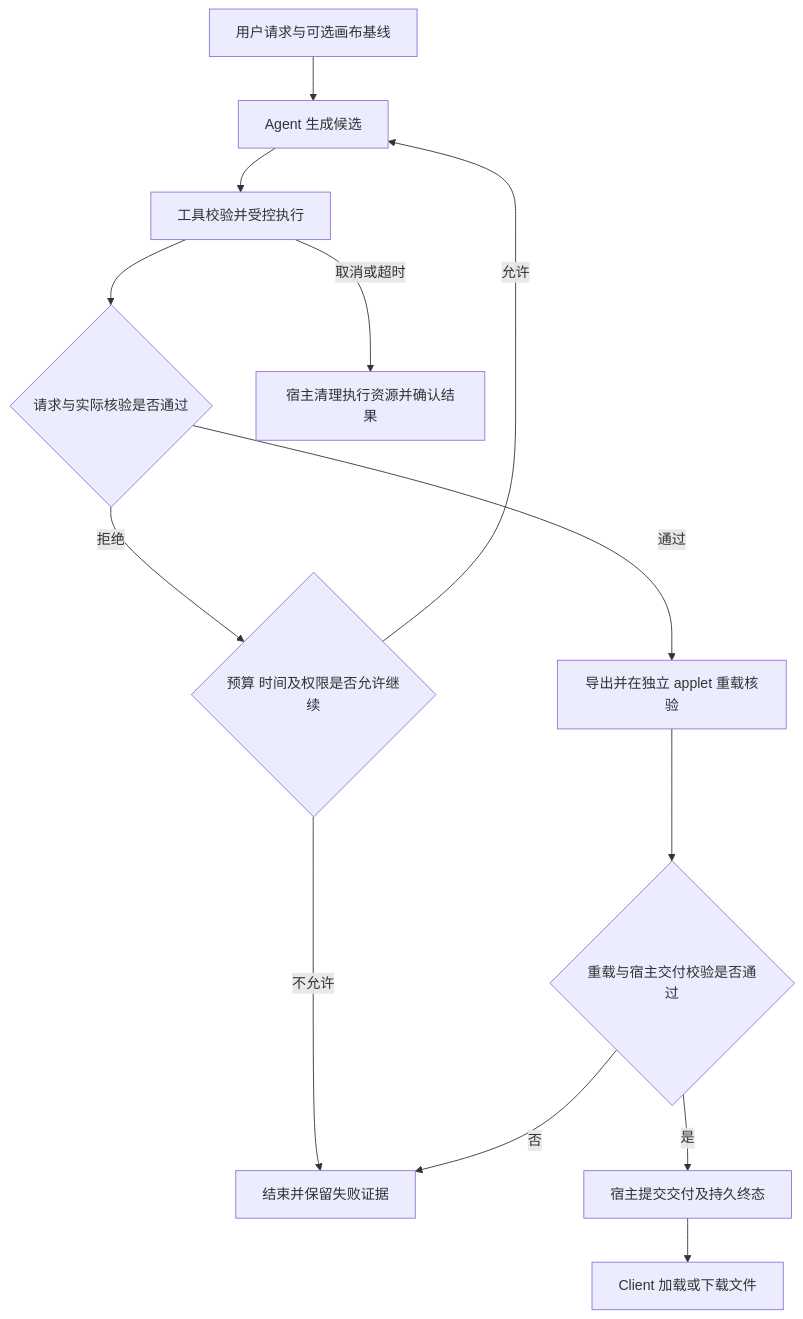
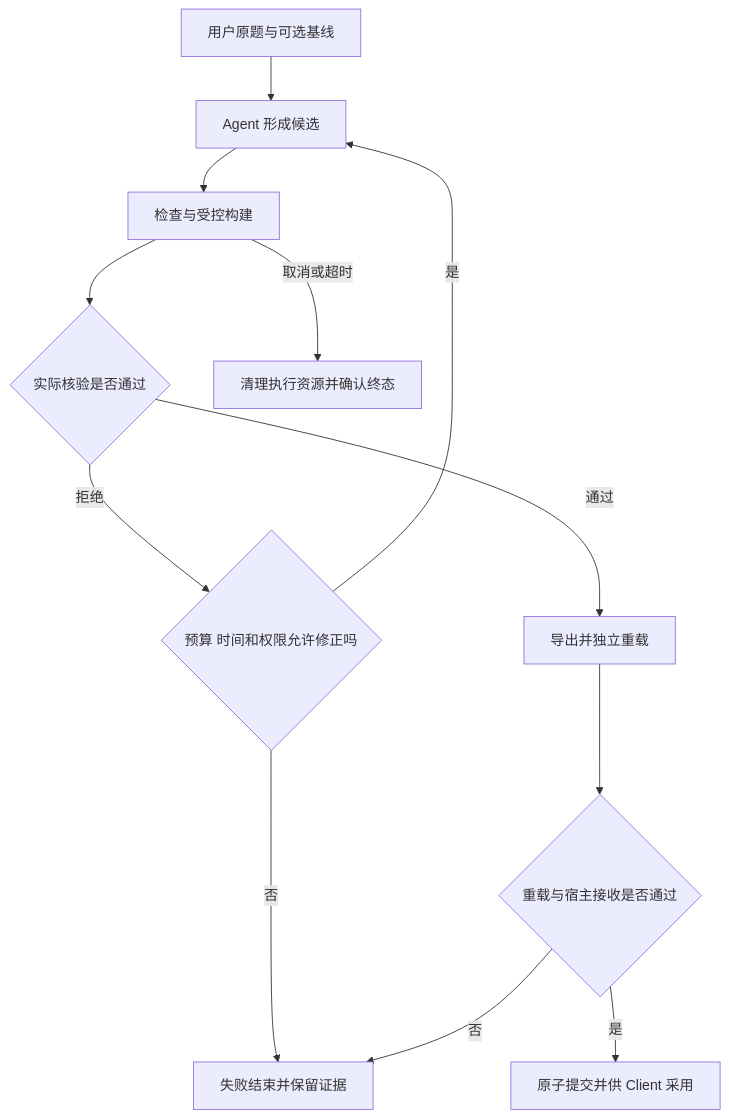
Before and after one commit to Jack7510/gpt_ggb: the third of 3 diagrams in docs/ggb-agent-evolution-timeline.md, drawn with Mermaid. The commit also changed other lines of this file and 5 other files, not shown here.

````diff
--- a/docs/ggb-agent-evolution-timeline.md
+++ b/docs/ggb-agent-evolution-timeline.md
@@ -163,15 +337,14 @@
 ```mermaid
 flowchart TD
-  A[用户请求与可选画布基线] --> B[Agent 生成候选]
-  B --> C[工具校验并受控执行]
-  C --> D{请求与实际核验是否通过}
-  D -->|拒绝| E{预算 时间及权限是否允许继续}
-  E -->|允许| B
-  E -->|不允许| F[结束并保留失败证据]
-  D -->|通过| G[导出并在独立 applet 重载核验]
-  G --> H{重载与宿主交付校验是否通过}
+  A[用户原题与可选基线] --> B[Agent 形成候选]
+  B --> C[检查与受控构建]
+  C --> D{实际核验是否通过}
+  D -->|拒绝| E{预算 时间和权限允许修正吗}
+  E -->|是| B
+  E -->|否| F[失败结束并保留证据]
+  D -->|通过| G[导出并独立重载]
+  G --> H{重载与宿主接收是否通过}
   H -->|否| F
-  H -->|是| J[宿主提交交付及持久终态]
-  J --> K[Client 加载或下载文件]
-  C -->|取消或超时| L[宿主清理执行资源并确认结果]
+  H -->|是| I[原子提交并供 Client 采用]
+  C -->|取消或超时| J[清理执行资源并确认终态]
 ```
````
